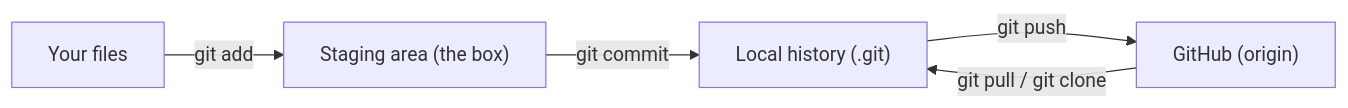
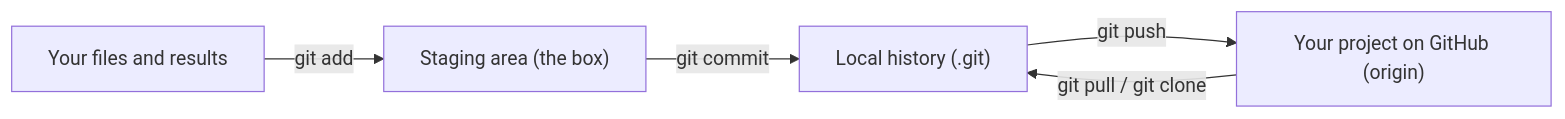
Before and after one commit to gh-shad/compose-demo-2: the first of 2 diagrams in docs/05-git-and-github.md, drawn with Mermaid. The commit also changed other lines of this file and 15 other files, not shown here.

````diff
--- a/docs/05-git-and-github.md
+++ b/docs/05-git-and-github.md
@@ -18,7 +20,7 @@
 ```mermaid
 flowchart LR
-    W["Your files"] -- "git add" --> S["Staging area (the box)"]
+    W["Your files and results"] -- "git add" --> S["Staging area (the box)"]
     S -- "git commit" --> L["Local history (.git)"]
-    L -- "git push" --> G["GitHub (origin)"]
+    L -- "git push" --> G["Your project on GitHub (origin)"]
     G -- "git pull / git clone" --> L
 ```
````
